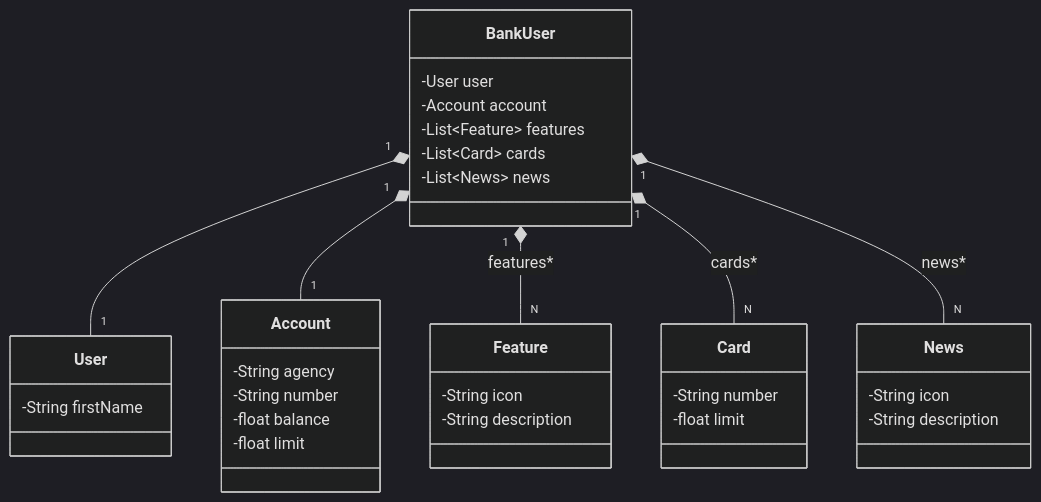
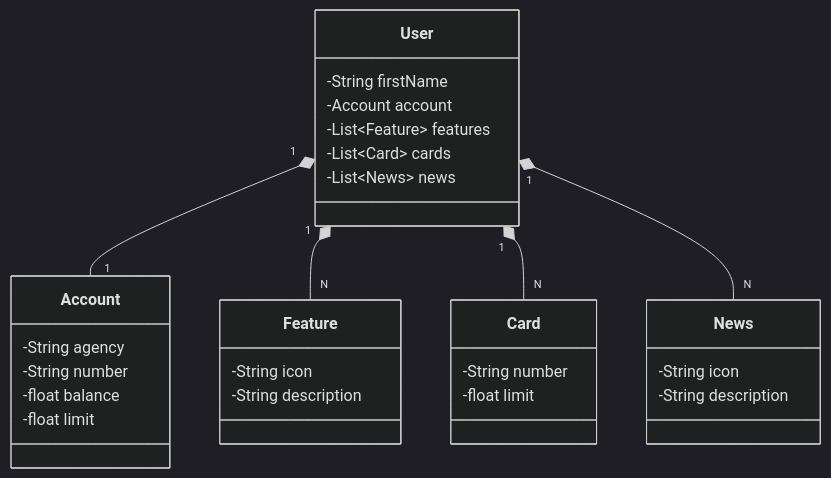
The diagram in README.md (wkyoshimatsu/santader-dev-week-2023), drawn with Mermaid (dark theme) before and after one commit.

````diff
--- a/README.md
+++ b/README.md
@@ -5,43 +5,38 @@
 ```mermaid
 classDiagram
     class User {
         -String firstName
+        -Account account
+        -List~Feature~ features
+        -List~Card~ cards
+        -List~News~ news
     }
 
     class Account {
         -String agency
         -String number
         -float balance
         -float limit
     }
 
     class Feature {
         -String icon
         -String description
     }
 
     class Card {
         -String number
         -float limit
     }
 
     class News {
         -String icon
         -String description
     }
 
-    class BankUser {
-        -User user
-        -Account account
-        -List~Feature~ features
-        -List~Card~ cards
-        -List~News~ news
-    }
-
-    BankUser "1" *-- "1" User
-    BankUser "1" *-- "1" Account
-    BankUser "1" *-- "N" Feature : features*
-    BankUser "1" *-- "N" Card : cards*
-    BankUser "1" *-- "N" News : news*
+    User "1" *-- "1" Account
+    User "1" *-- "N" Feature
+    User "1" *-- "N" Card
+    User "1" *-- "N" News
 
 ```
````
